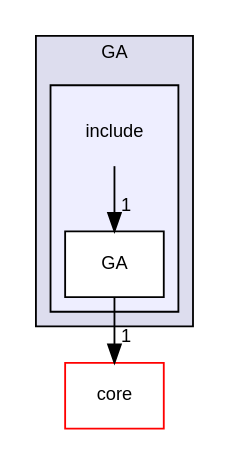
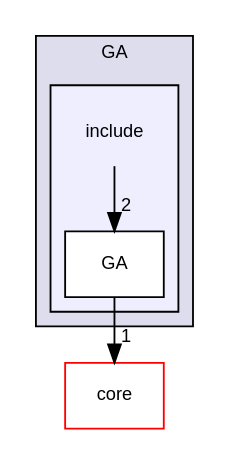
Before and after one commit to YuruTu/NANA: the diagram in docs/dir_eee36098850f0dea61ca0103caf017e2_dep.dot, drawn with Graphviz. The commit also changed 146 other files, not shown here.

```diff
--- a/docs/dir_eee36098850f0dea61ca0103caf017e2_dep.dot
+++ b/docs/dir_eee36098850f0dea61ca0103caf017e2_dep.dot
@@ -1,16 +1,16 @@
 digraph "NANA/modules/GA/include" {
   compound=true
   node [ fontsize="10", fontname="Helvetica"];
   edge [ labelfontsize="10", labelfontname="Helvetica"];
   subgraph clusterdir_59adbde5762d97ad75527641e5709f5d {
     graph [ bgcolor="#ddddee", pencolor="black", label="GA" fontname="Helvetica", fontsize="10", URL="dir_59adbde5762d97ad75527641e5709f5d.html"]
   subgraph clusterdir_eee36098850f0dea61ca0103caf017e2 {
     graph [ bgcolor="#eeeeff", pencolor="black", label="" URL="dir_eee36098850f0dea61ca0103caf017e2.html"];
     dir_eee36098850f0dea61ca0103caf017e2 [shape=plaintext label="include"];
   dir_6f9ec2ca7173a0b956979820b194496a [shape=box label="GA" fillcolor="white" style="filled" URL="dir_6f9ec2ca7173a0b956979820b194496a.html"];
   }
   }
   dir_c3e203e05606b384f5fc9d03652c3ac7 [shape=box label="core" fillcolor="white" style="filled" color="red" URL="dir_c3e203e05606b384f5fc9d03652c3ac7.html"];
   dir_6f9ec2ca7173a0b956979820b194496a->dir_c3e203e05606b384f5fc9d03652c3ac7 [headlabel="1", labeldistance=1.5 headhref="dir_000014_000006.html"];
-  dir_eee36098850f0dea61ca0103caf017e2->dir_6f9ec2ca7173a0b956979820b194496a [headlabel="1", labeldistance=1.5 headhref="dir_000013_000014.html"];
+  dir_eee36098850f0dea61ca0103caf017e2->dir_6f9ec2ca7173a0b956979820b194496a [headlabel="2", labeldistance=1.5 headhref="dir_000013_000014.html"];
 }
```
